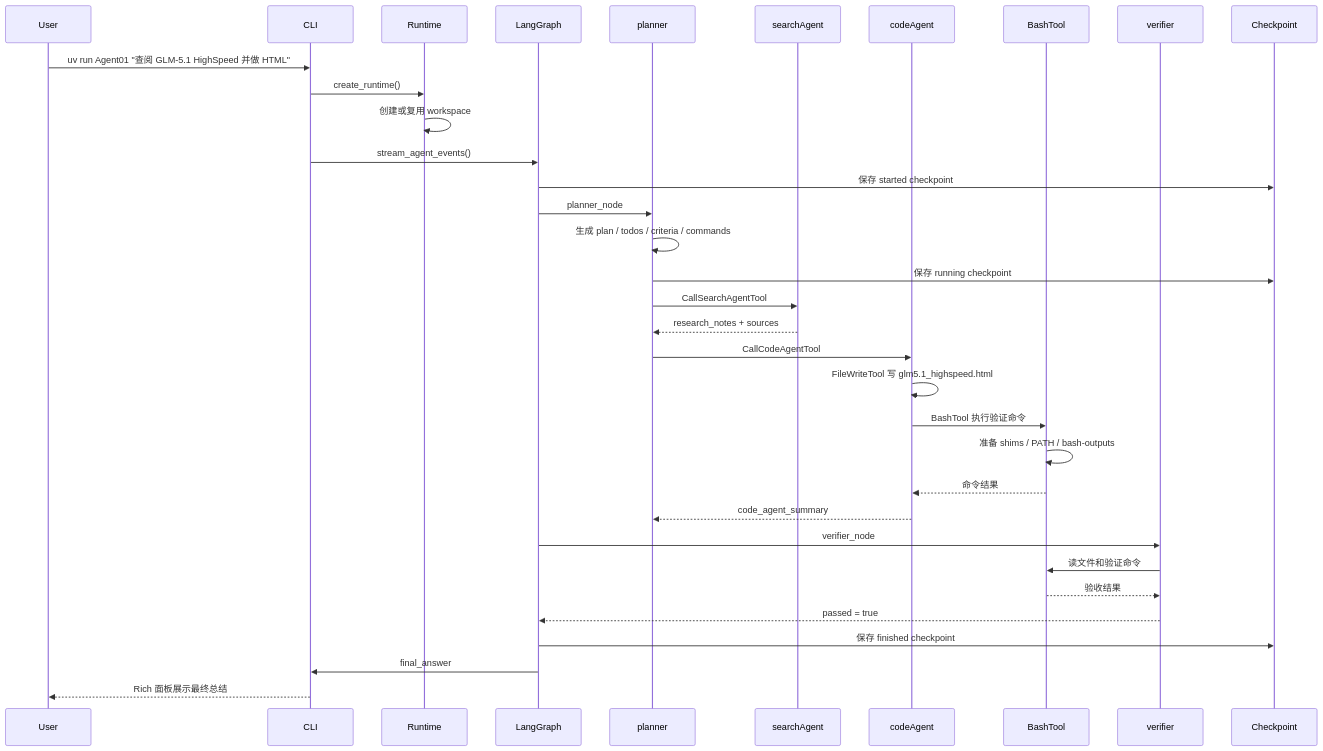
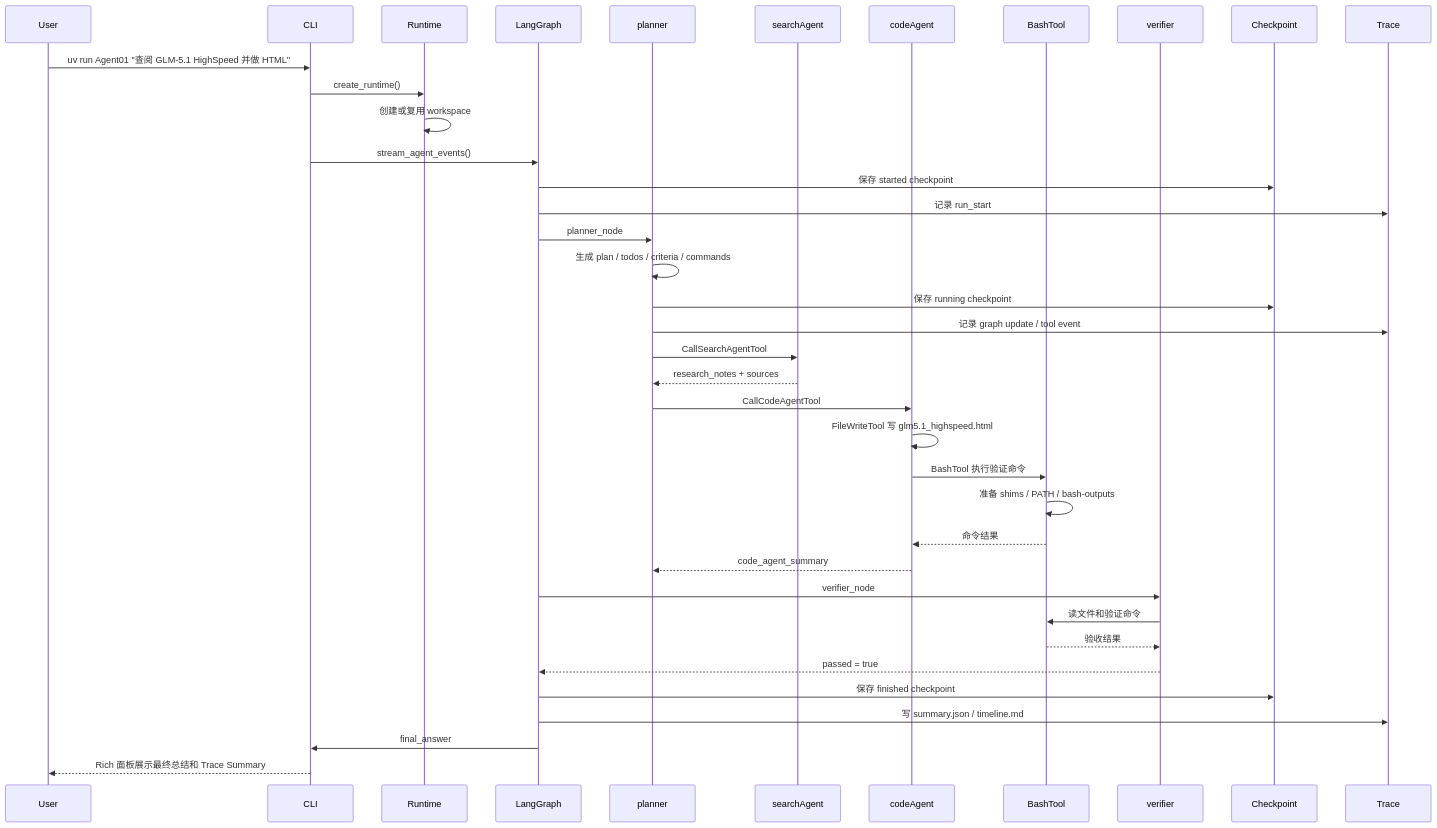
The second of 4 diagrams in docs/workspace-lifecycle.md (Babe153/Agent01-from-Scratch), drawn with Mermaid before and after one commit. The commit also changed other lines of this file and 12 other files, not shown here.

````diff
--- a/docs/workspace-lifecycle.md
+++ b/docs/workspace-lifecycle.md
@@ -84,42 +91,46 @@
 ```mermaid
 sequenceDiagram
     participant U as User
     participant C as CLI
     participant R as Runtime
     participant G as LangGraph
     participant P as planner
     participant S as searchAgent
     participant A as codeAgent
     participant B as BashTool
     participant V as verifier
     participant K as Checkpoint
+    participant T as Trace
 
     U->>C: uv run Agent01 "查阅 GLM-5.1 HighSpeed 并做 HTML"
     C->>R: create_runtime()
     R->>R: 创建或复用 workspace
     C->>G: stream_agent_events()
     G->>K: 保存 started checkpoint
+    G->>T: 记录 run_start
 
     G->>P: planner_node
     P->>P: 生成 plan / todos / criteria / commands
     P->>K: 保存 running checkpoint
+    P->>T: 记录 graph update / tool event
 
     P->>S: CallSearchAgentTool
     S-->>P: research_notes + sources
 
     P->>A: CallCodeAgentTool
     A->>A: FileWriteTool 写 glm5.1_highspeed.html
     A->>B: BashTool 执行验证命令
     B->>B: 准备 shims / PATH / bash-outputs
     B-->>A: 命令结果
     A-->>P: code_agent_summary
 
     G->>V: verifier_node
     V->>B: 读文件和验证命令
     B-->>V: 验收结果
     V-->>G: passed = true
 
     G->>K: 保存 finished checkpoint
+    G->>T: 写 summary.json / timeline.md
     G->>C: final_answer
-    C-->>U: Rich 面板展示最终总结
+    C-->>U: Rich 面板展示最终总结和 Trace Summary
 ```
````
